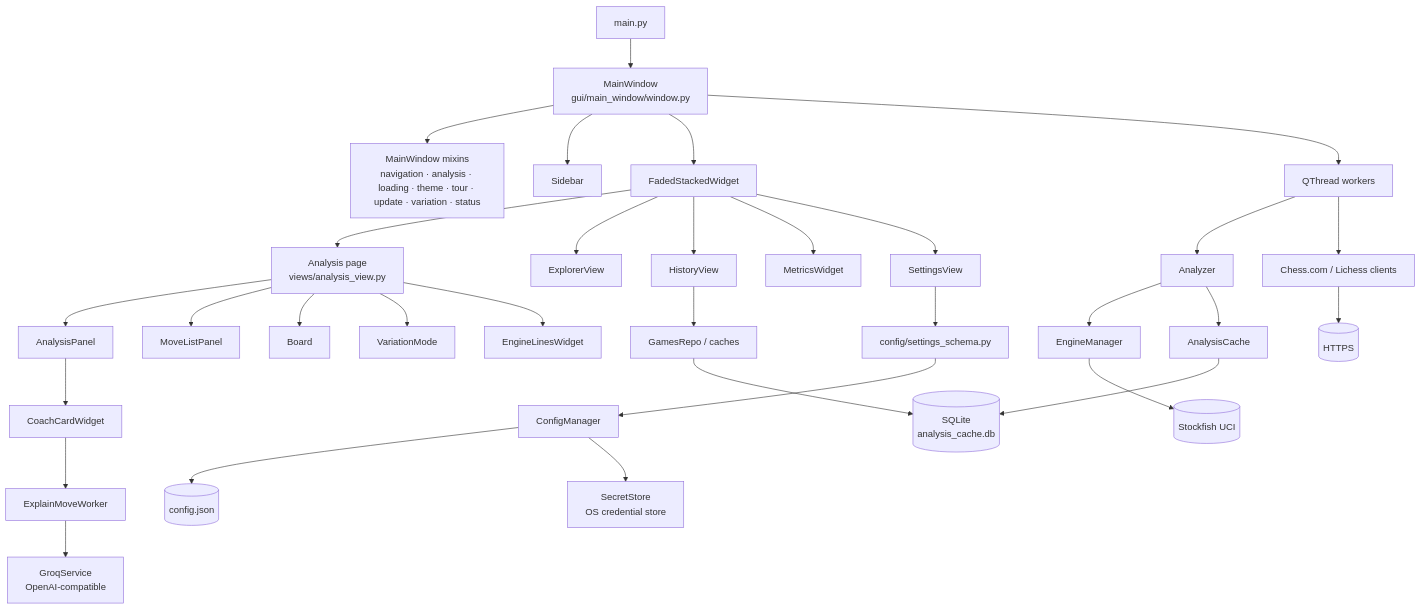
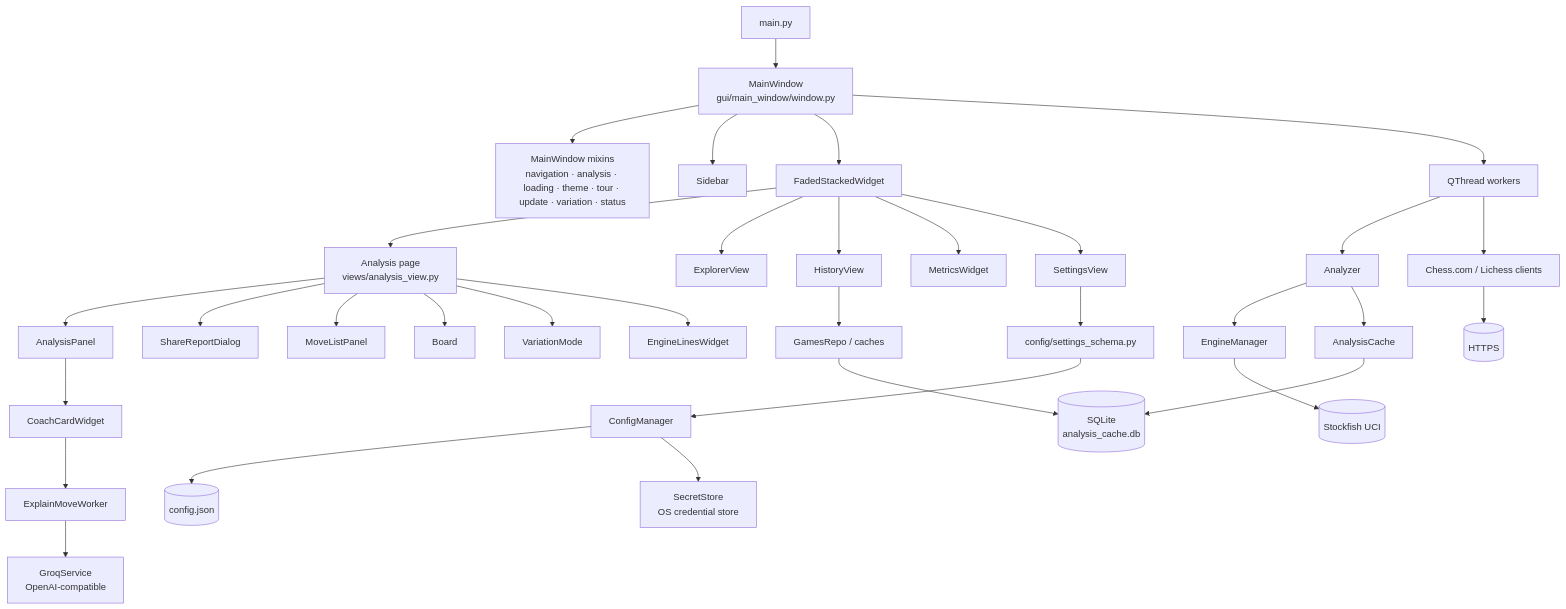
The diagram in docs/architecture.md (imutkarsht/Chess_analyzer), drawn with Mermaid before and after one commit. The commit also changed other lines of this file and 6 other files, not shown here.

````diff
--- a/docs/architecture.md
+++ b/docs/architecture.md
@@ -28,41 +28,42 @@
 ```mermaid
 flowchart TD
     main[main.py] --> window[MainWindow<br/>gui/main_window/window.py]
     window --> mixins[MainWindow mixins<br/>navigation · analysis · loading · theme · tour · update · variation · status]
     window --> sidebar[Sidebar]
     window --> stack[FadedStackedWidget]
 
     stack --> analysis[Analysis page<br/>views/analysis_view.py]
     stack --> explorer[ExplorerView]
     stack --> history[HistoryView]
     stack --> metrics[MetricsWidget]
     stack --> settings[SettingsView]
 
     analysis --> analysisPanel[AnalysisPanel]
+    analysis --> shareReport[ShareReportDialog]
     analysis --> moveList[MoveListPanel]
     analysis --> board[Board]
     analysis --> variation[VariationMode]
     analysis --> engineLines[EngineLinesWidget]
 
     analysisPanel --> coach[CoachCardWidget]
     coach --> coachWorker[ExplainMoveWorker]
     coachWorker --> llm[GroqService<br/>OpenAI-compatible]
 
     window --> workers[QThread workers]
     workers --> analyzer[Analyzer]
     analyzer --> engine[EngineManager]
     engine --> stockfish[(Stockfish UCI)]
 
     workers --> apis[Chess.com / Lichess clients]
     apis --> http[(HTTPS)]
 
     analyzer --> cache[AnalysisCache]
     cache --> sqlite[(SQLite<br/>analysis_cache.db)]
     history --> repos[GamesRepo / caches]
     repos --> sqlite
 
     settings --> schema[config/settings_schema.py]
     schema --> config[ConfigManager]
     config --> json[(config.json)]
     config --> secrets[SecretStore<br/>OS credential store]
 ```
````
